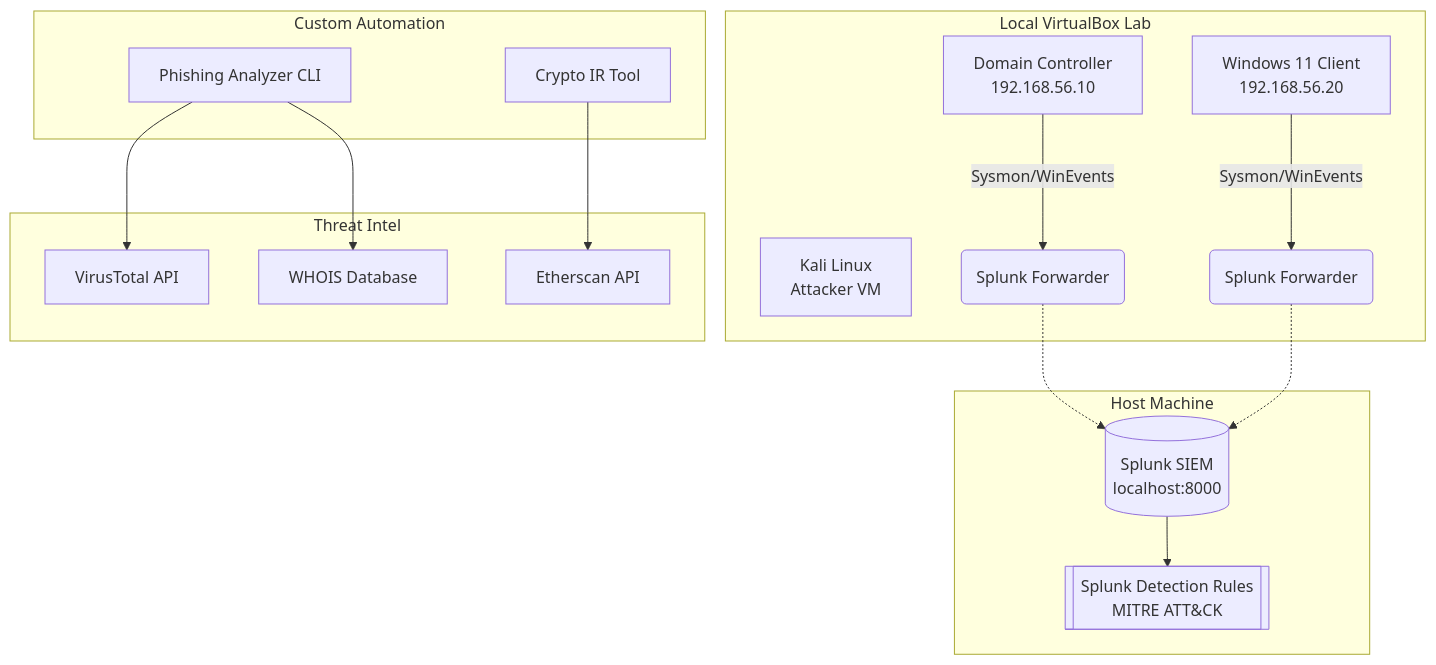
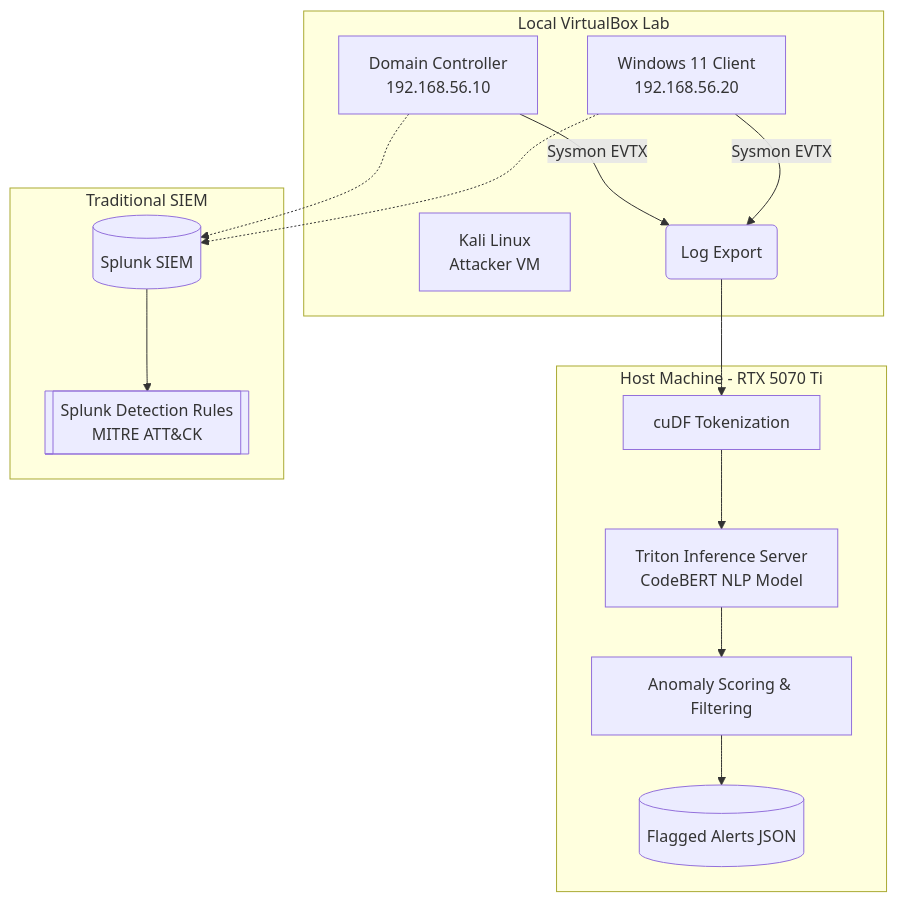
One commit to Pardesco/Cybersecurity-Portfolio changed the diagram in README.md. Above: the diagram before and after it, drawn with Mermaid. The commit also changed other lines of this file and 32 other files, not shown here.

Commit message:
feat: restructure portfolio around NVIDIA Morpheus AI pipelines, add Sysmon NLP Hunter, and archive legacy projects

````diff
--- a/README.md
+++ b/README.md
@@ -15,33 +15,26 @@
 ```mermaid
 graph TD
     subgraph Local Environment [Local VirtualBox Lab]
         DC[Domain Controller <br/> 192.168.56.10] 
         Win11[Windows 11 Client <br/> 192.168.56.20]
         Kali[Kali Linux <br/> Attacker VM]
         
-        DC -- Sysmon/WinEvents --> Fwd1(Splunk Forwarder)
-        Win11 -- Sysmon/WinEvents --> Fwd2(Splunk Forwarder)
+        DC -- Sysmon EVTX --> Export(Log Export)
+        Win11 -- Sysmon EVTX --> Export(Log Export)
     end
 
-    subgraph Defense & Monitoring [Host Machine]
-        SIEM[(Splunk SIEM <br/> localhost:8000)]
+    subgraph Defense & Monitoring [Host Machine - RTX 5070 Ti]
+        Export --> Preprocess[cuDF Tokenization]
+        Preprocess --> Triton[Triton Inference Server <br/> CodeBERT NLP Model]
+        Triton --> Filter[Anomaly Scoring & Filtering]
+        Filter --> Alerts[(Flagged Alerts JSON)]
+    end
+
+    subgraph Traditional SIEM
+        SIEM[(Splunk SIEM)]
         Rules[[Splunk Detection Rules <br/> MITRE ATT&CK]]
-        Fwd1 -.-> SIEM
-        Fwd2 -.-> SIEM
+        DC -.-> SIEM
+        Win11 -.-> SIEM
         SIEM --> Rules
     end
-
-    subgraph Incident Response Tools [Custom Automation]
-        Phish[Phishing Analyzer CLI]
-        Crypto[Crypto IR Tool]
-    end
-
-    subgraph External APIs [Threat Intel]
-        VT[VirusTotal API]
-        Etherscan[Etherscan API]
-        WHOIS[WHOIS Database]
-        Phish --> VT
-        Phish --> WHOIS
-        Crypto --> Etherscan
-    end
 ```
````
